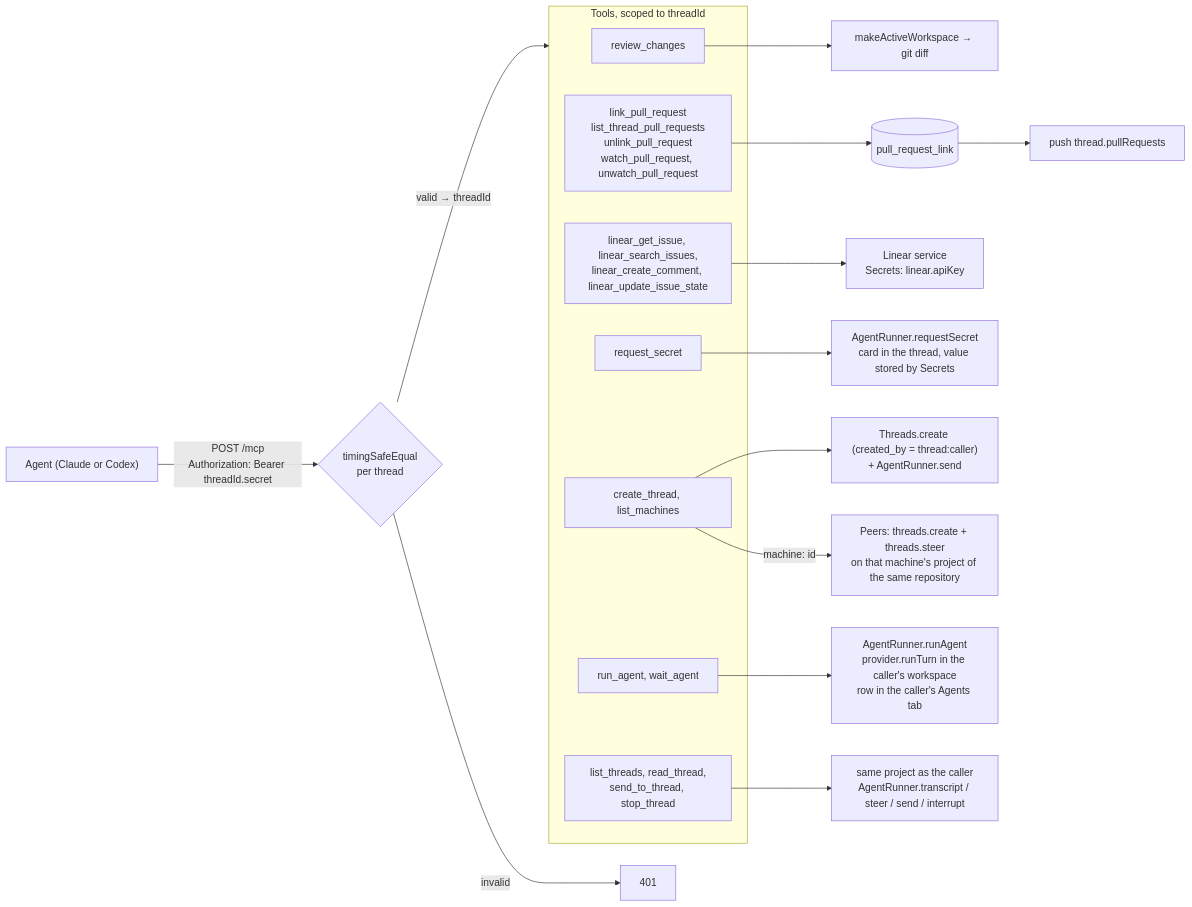
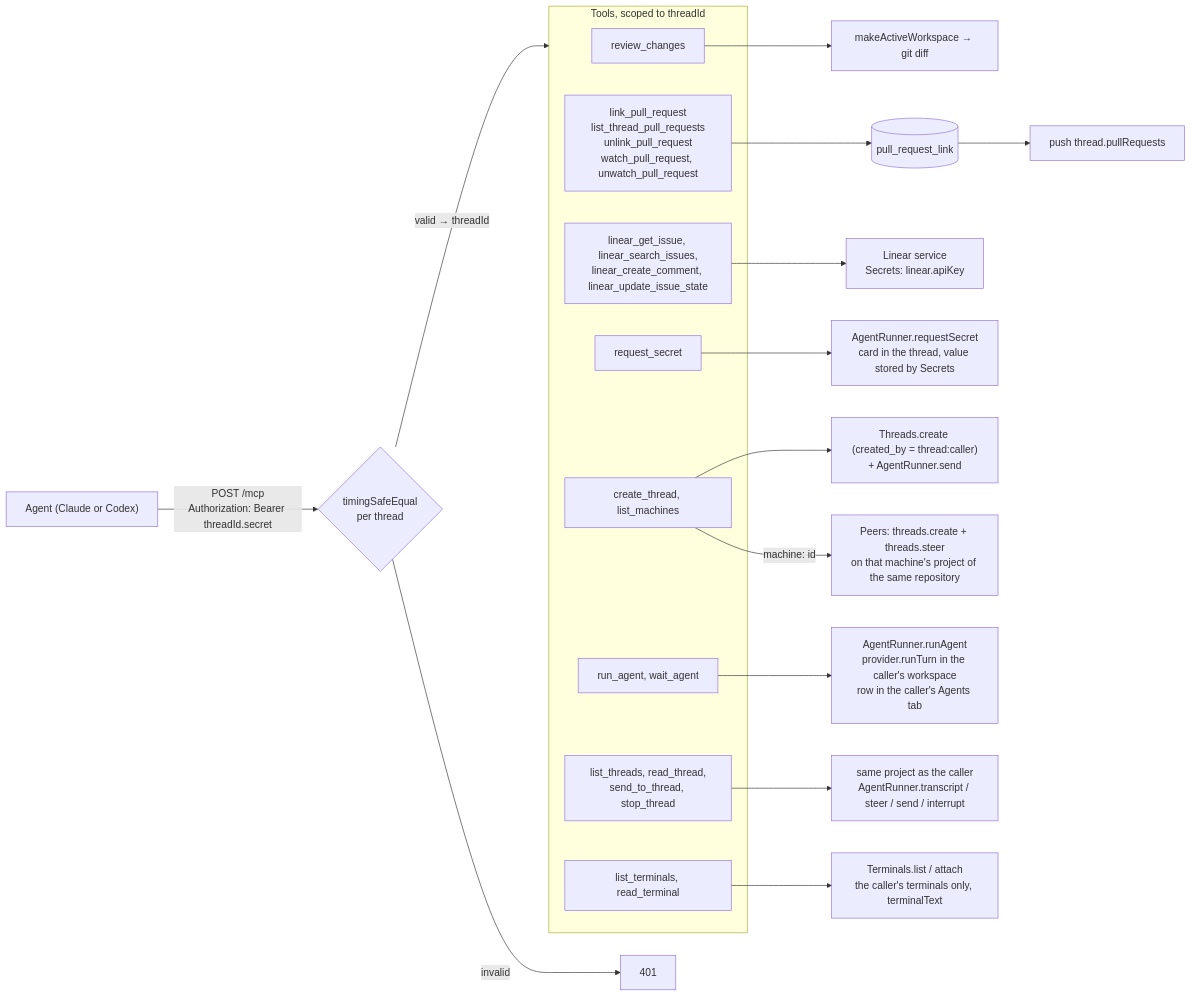
Before and after one commit to hinadev-ai/hinacode: diagram 15 of 17 in docs/arch.md, drawn with Mermaid. The commit also changed other lines of this file and 38 other files, not shown here.

First line of the commit message:
feat(terminal): mention terminals in threads (#587)

````diff
--- a/docs/arch.md
+++ b/docs/arch.md
@@ -586,23 +586,25 @@
 ```mermaid
 flowchart LR
   agent["Agent (Claude or Codex)"] -- "POST /mcp<br/>Authorization: Bearer threadId.secret" --> auth{"timingSafeEqual<br/>per thread"}
   auth -- "valid → threadId" --> tools
   auth -- invalid --> deny["401"]
   subgraph tools["Tools, scoped to threadId"]
     review["review_changes"]
     prs["link_pull_request<br/>list_thread_pull_requests<br/>unlink_pull_request<br/>watch_pull_request, unwatch_pull_request"]
     linear["linear_get_issue, linear_search_issues,<br/>linear_create_comment, linear_update_issue_state"]
     secret["request_secret"]
     create["create_thread, list_machines"]
     run["run_agent, wait_agent"]
     control["list_threads, read_thread,<br/>send_to_thread, stop_thread"]
+    terms["list_terminals, read_terminal"]
   end
   review --> ws["makeActiveWorkspace → git diff"]
   prs --> db[("pull_request_link")] --> push["push thread.pullRequests"]
   linear --> apikey["Linear service<br/>Secrets: linear.apiKey"]
   secret --> runner["AgentRunner.requestSecret<br/>card in the thread, value stored by Secrets"]
   create --> threads["Threads.create (created_by = thread:caller)<br/>+ AgentRunner.send"]
   create -- "machine: id" --> peers["Peers: threads.create + threads.steer<br/>on that machine's project of the same repository"]
   run --> agentRun["AgentRunner.runAgent<br/>provider.runTurn in the caller's workspace<br/>row in the caller's Agents tab"]
   control --> scope["same project as the caller<br/>AgentRunner.transcript / steer / send / interrupt"]
+  terms --> scrollback["Terminals.list / attach<br/>the caller's terminals only, terminalText"]
 ```
````
